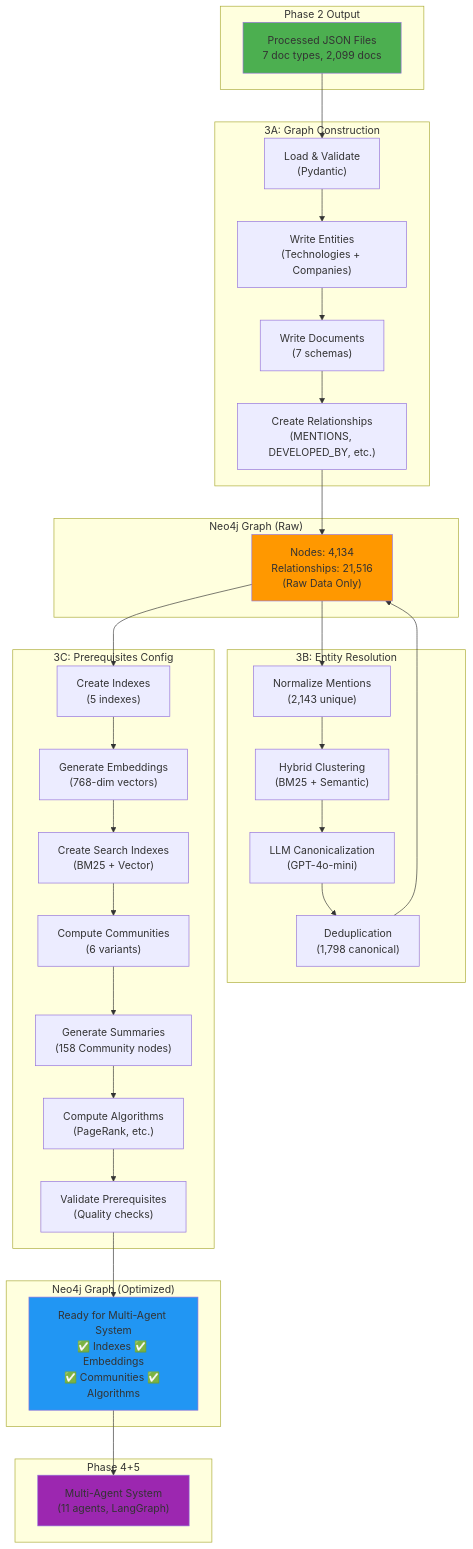
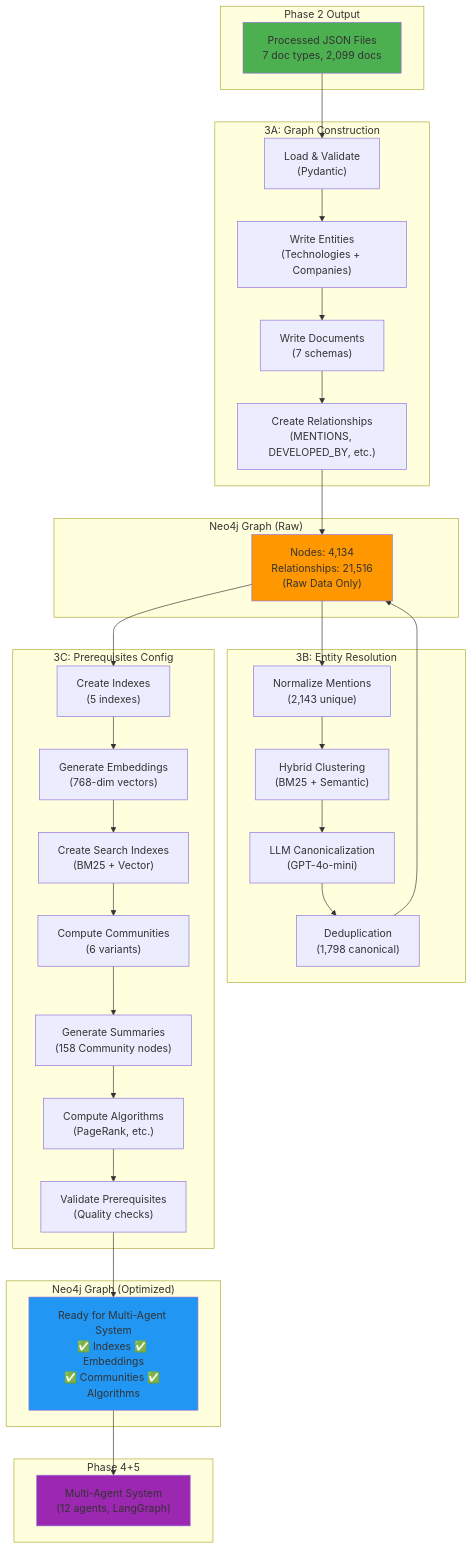
Diagram 13 of 14 in src/ingestion/README.md (omontes/pura-vida-sloth), drawn with Mermaid before and after one commit. The commit also changed other lines of this file and 16 other files, not shown here.

````diff
--- a/src/ingestion/README.md
+++ b/src/ingestion/README.md
@@ -1186,70 +1186,70 @@
 ```mermaid
 graph TB
     subgraph "Phase 2 Output"
         JSON["Processed JSON Files<br/>7 doc types, 2,099 docs"]
     end
 
     subgraph "3A: Graph Construction"
         Load["Load & Validate<br/>(Pydantic)"]
         Entities["Write Entities<br/>(Technologies + Companies)"]
         Docs["Write Documents<br/>(7 schemas)"]
         Rels["Create Relationships<br/>(MENTIONS, DEVELOPED_BY, etc.)"]
     end
 
     subgraph "Neo4j Graph (Raw)"
         Neo4jRaw["Nodes: 4,134<br/>Relationships: 21,516<br/>(Raw Data Only)"]
     end
 
     subgraph "3B: Entity Resolution"
         Normalize["Normalize Mentions<br/>(2,143 unique)"]
         Cluster["Hybrid Clustering<br/>(BM25 + Semantic)"]
         LLM["LLM Canonicalization<br/>(GPT-4o-mini)"]
         Dedupe["Deduplication<br/>(1,798 canonical)"]
     end
 
     subgraph "3C: Prerequisites Config"
         Indexes["Create Indexes<br/>(5 indexes)"]
         Embeddings["Generate Embeddings<br/>(768-dim vectors)"]
         Search["Create Search Indexes<br/>(BM25 + Vector)"]
         Communities["Compute Communities<br/>(6 variants)"]
         Summaries["Generate Summaries<br/>(158 Community nodes)"]
         Algorithms["Compute Algorithms<br/>(PageRank, etc.)"]
         Validate["Validate Prerequisites<br/>(Quality checks)"]
     end
 
     subgraph "Neo4j Graph (Optimized)"
         Neo4jOpt["Ready for Multi-Agent System<br/>✅ Indexes ✅ Embeddings<br/>✅ Communities ✅ Algorithms"]
     end
 
     subgraph "Phase 4+5"
-        Agents["Multi-Agent System<br/>(11 agents, LangGraph)"]
+        Agents["Multi-Agent System<br/>(12 agents, LangGraph)"]
     end
 
     JSON --> Load
     Load --> Entities
     Entities --> Docs
     Docs --> Rels
     Rels --> Neo4jRaw
 
     Neo4jRaw --> Normalize
     Normalize --> Cluster
     Cluster --> LLM
     LLM --> Dedupe
     Dedupe --> Neo4jRaw
 
     Neo4jRaw --> Indexes
     Indexes --> Embeddings
     Embeddings --> Search
     Search --> Communities
     Communities --> Summaries
     Summaries --> Algorithms
     Algorithms --> Validate
     Validate --> Neo4jOpt
 
     Neo4jOpt --> Agents
 
     style JSON fill:#4caf50
     style Neo4jRaw fill:#ff9800
     style Neo4jOpt fill:#2196f3
     style Agents fill:#9c27b0
 ```
````
